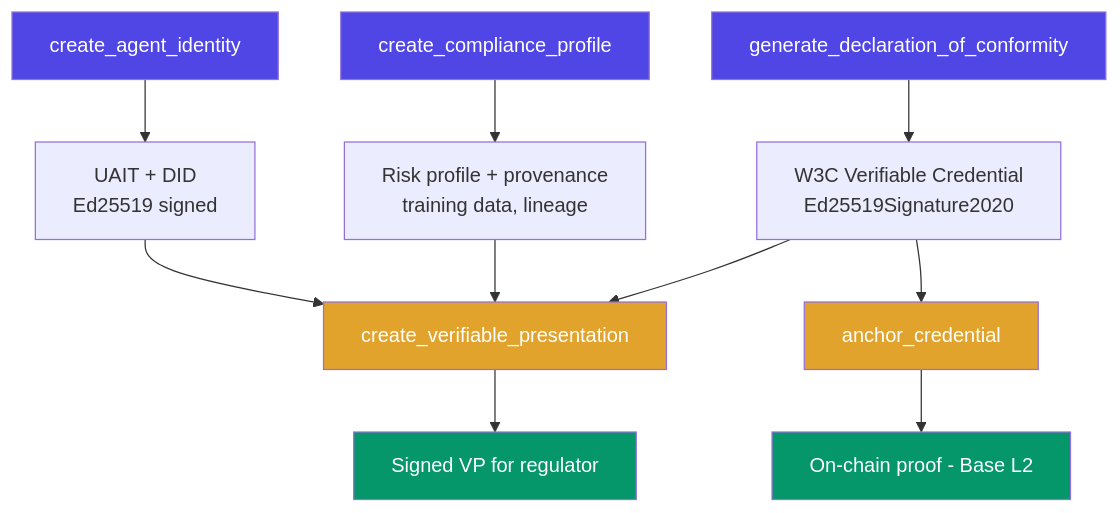
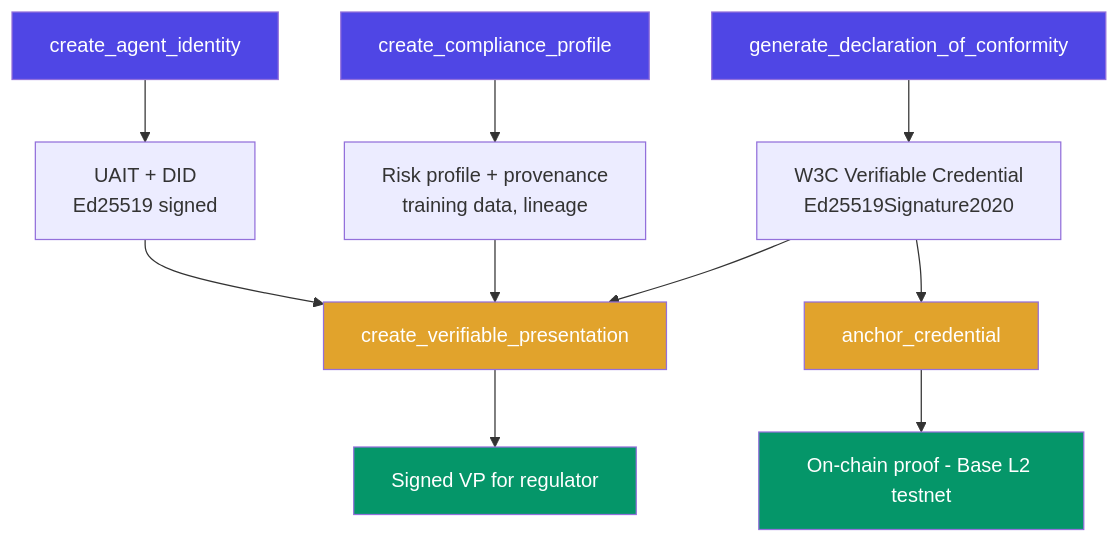
One commit to VibeTensor/attestix changed the diagram in website/content/docs/index.mdx. Above: the diagram before and after it, drawn with Mermaid. The commit also changed 17 other files, not shown here.

````diff
--- a/website/content/docs/index.mdx
+++ b/website/content/docs/index.mdx
@@ -87,22 +87,22 @@
 ```mermaid
 flowchart TD
     A[create_agent_identity] --> B[UAIT + DID<br/>Ed25519 signed]
     C[create_compliance_profile] --> D[Risk profile + provenance<br/>training data, lineage]
     E[generate_declaration_of_conformity] --> F[W3C Verifiable Credential<br/>Ed25519Signature2020]
 
     B --> G[create_verifiable_presentation]
     D --> G
     F --> G
     F --> H[anchor_credential]
 
     G --> I[Signed VP for regulator]
-    H --> J[On-chain proof - Base L2]
+    H --> J[On-chain proof - Base L2 testnet]
 
     style A fill:#4f46e5,color:#fff
     style C fill:#4f46e5,color:#fff
     style E fill:#4f46e5,color:#fff
     style G fill:#e1a32c,color:#fff
     style H fill:#e1a32c,color:#fff
     style I fill:#059669,color:#fff
     style J fill:#059669,color:#fff
 ```
````
